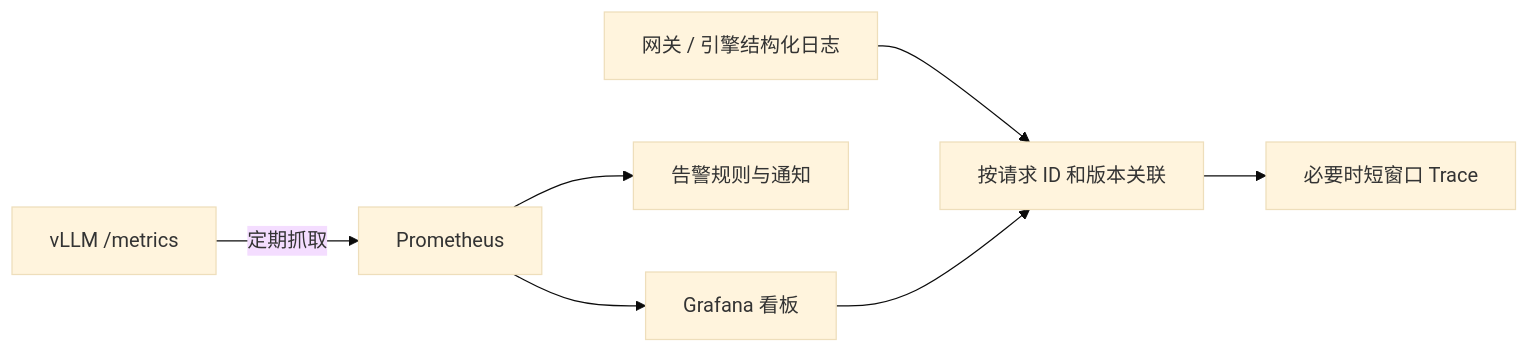
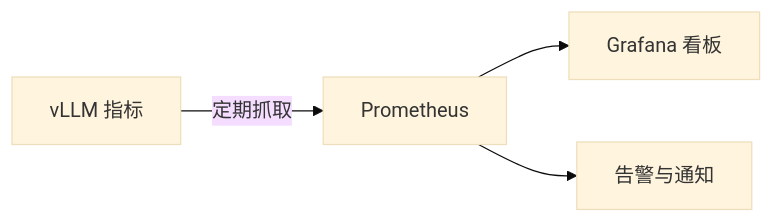
The first of 2 diagrams in docs/guides/模块四-推理优化/第9章-生产部署与运维/9.2-可观测性与告警.md (vinsonnnnn/AIInfraGuide), drawn with Mermaid (base theme) before and after one commit. The commit also changed other lines of this file and 19 other files, not shown here.

````diff
--- a/docs/guides/模块四-推理优化/第9章-生产部署与运维/9.2-可观测性与告警.md
+++ b/docs/guides/模块四-推理优化/第9章-生产部署与运维/9.2-可观测性与告警.md
@@ -47,9 +49,6 @@
 ```mermaid
-graph LR
-    V["vLLM /metrics"] -->|"定期抓取"| P["Prometheus"]
+flowchart LR
+    V["vLLM 指标"] -->|"定期抓取"| P["Prometheus"]
     P --> G["Grafana 看板"]
-    P --> A["告警规则与通知"]
-    L["网关 / 引擎结构化日志"] --> R["按请求 ID 和版本关联"]
-    G --> R
-    R --> T["必要时短窗口 Trace"]
+    P --> A["告警与通知"]
 ```
````
